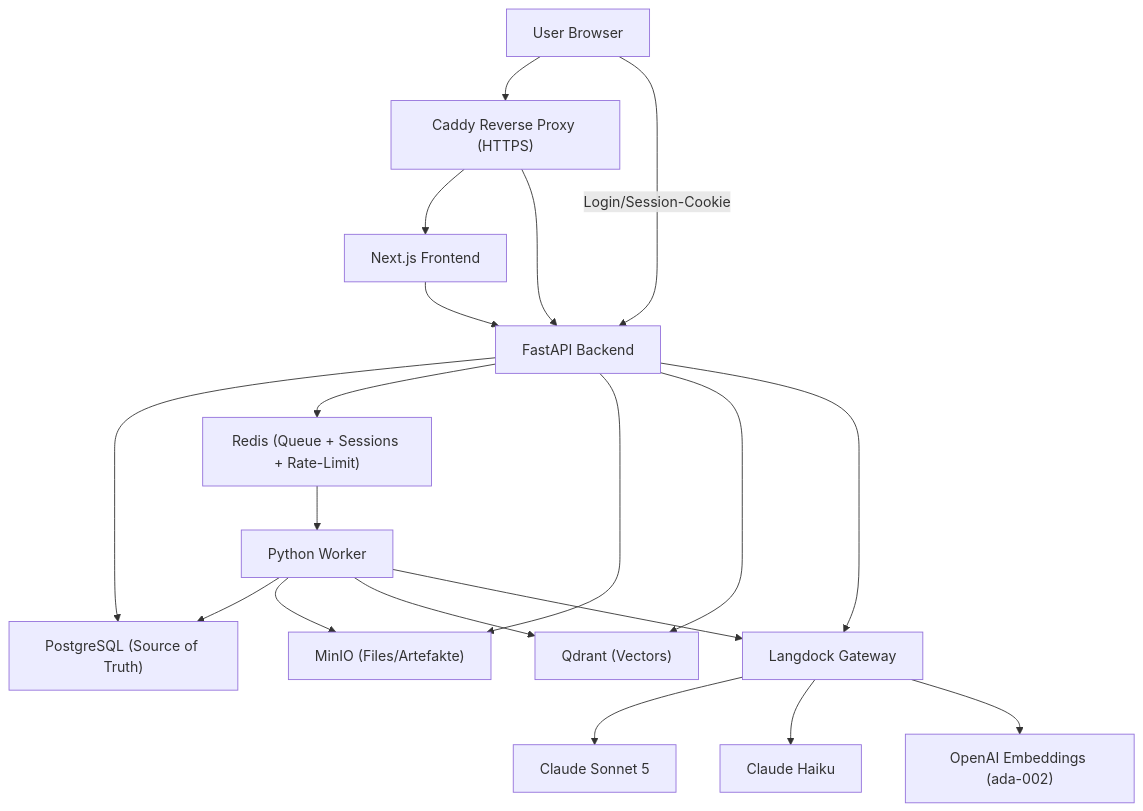
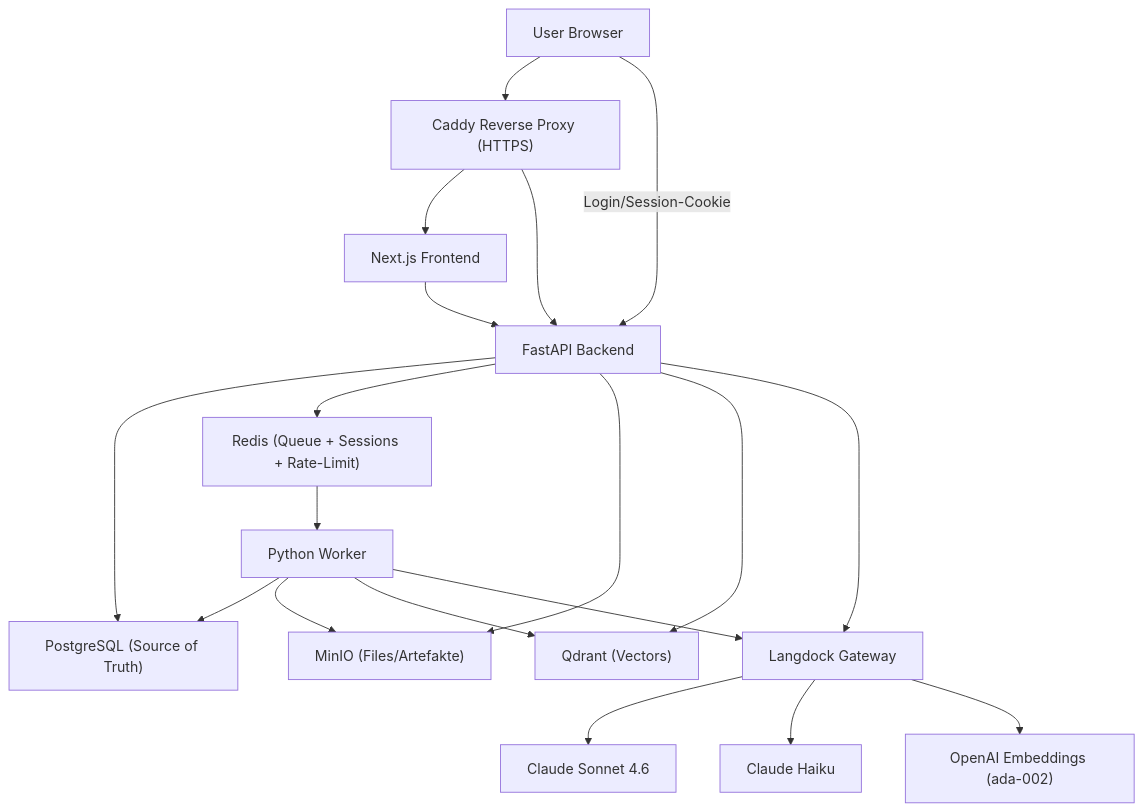
Before and after one commit to Hereliesviolet/NotebookLMC: the diagram in README.md, drawn with Mermaid. The commit also changed other lines of this file and 7 other files, not shown here.

````diff
--- a/README.md
+++ b/README.md
@@ -20,21 +20,21 @@
 ```mermaid
 flowchart TB
     Browser["User Browser"] --> Caddy["Caddy Reverse Proxy (HTTPS)"]
     Caddy --> Frontend["Next.js Frontend"]
     Caddy --> API["FastAPI Backend"]
     Frontend --> API
     Browser -->|"Login/Session-Cookie"| API
     API --> Postgres["PostgreSQL (Source of Truth)"]
     API --> Redis["Redis (Queue + Sessions + Rate-Limit)"]
     API --> MinIO["MinIO (Files/Artefakte)"]
     API --> Qdrant["Qdrant (Vectors)"]
     API --> Langdock["Langdock Gateway"]
     Redis --> Worker["Python Worker"]
     Worker --> Postgres
     Worker --> MinIO
     Worker --> Qdrant
     Worker --> Langdock
-    Langdock --> Sonnet["Claude Sonnet 5"]
+    Langdock --> Sonnet["Claude Sonnet 4.6"]
     Langdock --> Haiku["Claude Haiku"]
     Langdock --> Embeddings["OpenAI Embeddings (ada-002)"]
 ```
````
